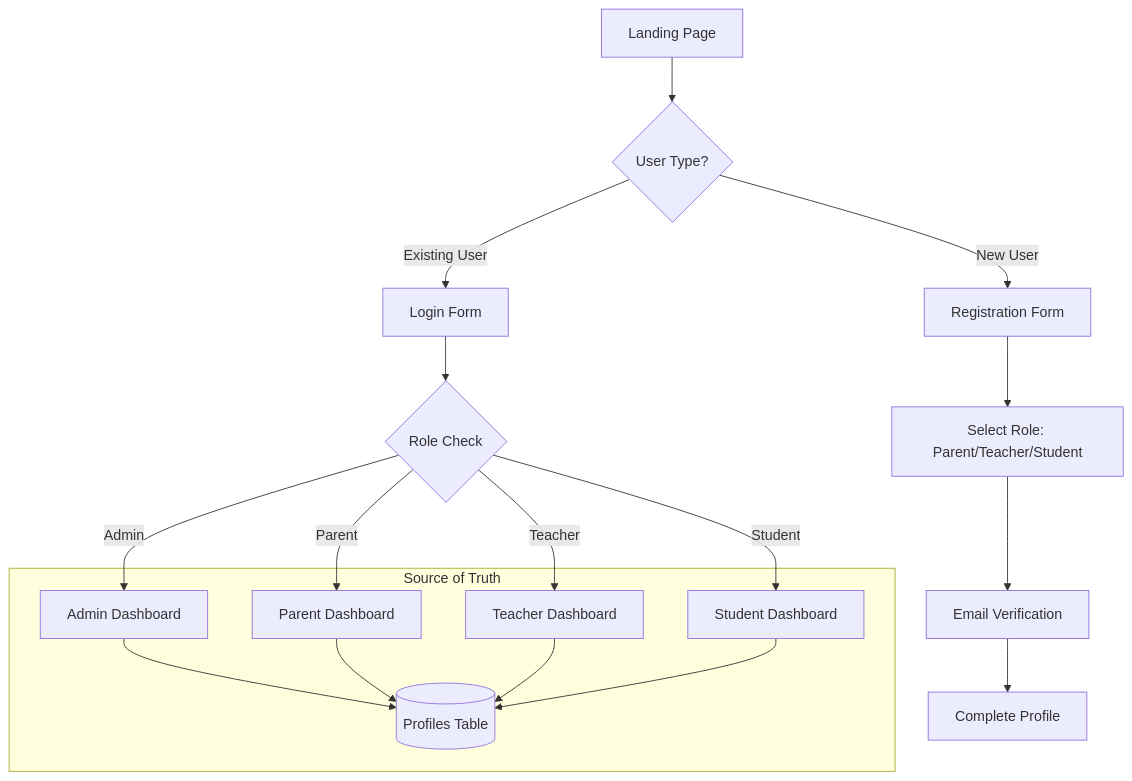
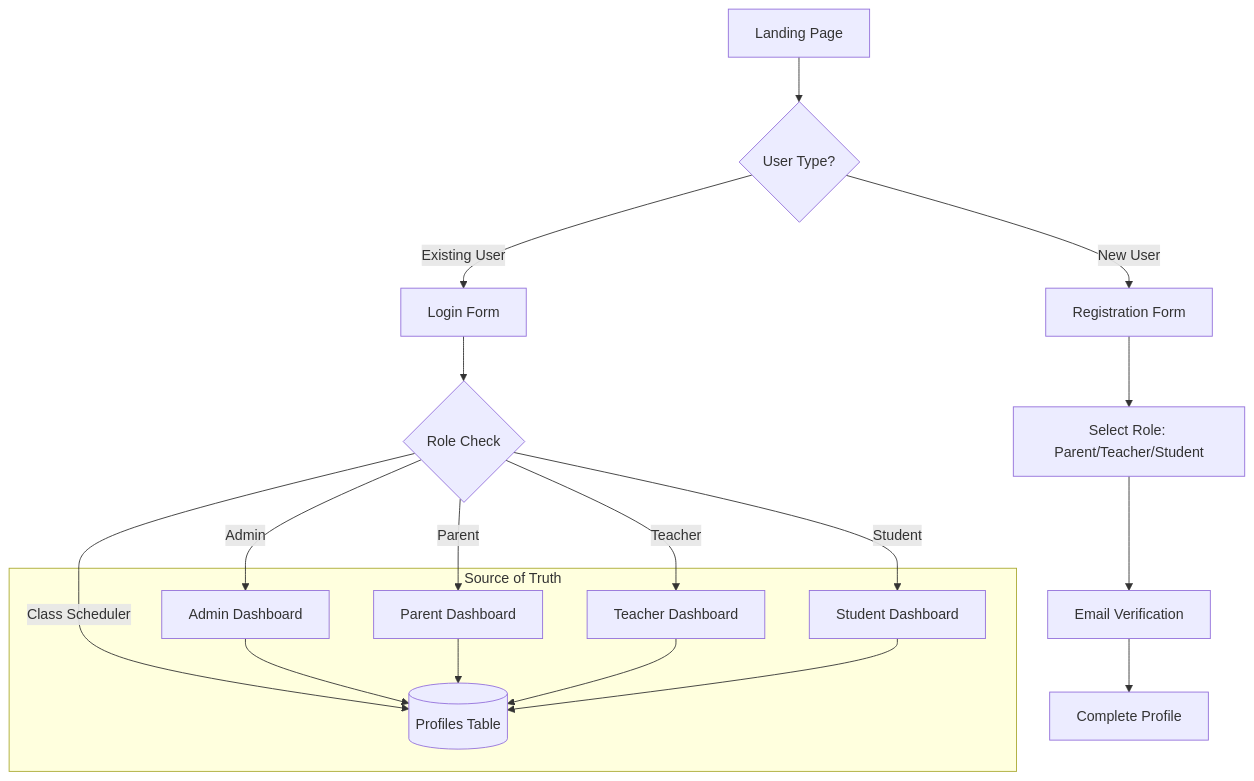
Before and after one commit to JimEastburn/class-registration-system: the second of 4 diagrams in docs/architecture_decision_document.md, drawn with Mermaid. The commit also changed other lines of this file and 4 other files, not shown here.

````diff
--- a/docs/architecture_decision_document.md
+++ b/docs/architecture_decision_document.md
@@ -340,21 +312,22 @@
 ```mermaid
 flowchart TD
     A[Landing Page] --> B{User Type?}
     B -->|New User| C[Registration Form]
     B -->|Existing User| D[Login Form]
     C --> E[Select Role: Parent/Teacher/Student]
     E --> F[Email Verification]
     F --> G[Complete Profile]
     D --> H{Role Check}
     H -->|Parent| I[Parent Dashboard]
     H -->|Teacher| J[Teacher Dashboard]
     H -->|Student| K[Student Dashboard]
     H -->|Admin| L[Admin Dashboard]
-    
+    H -->|Class Scheduler| M[Class Scheduler Dashboard]
+
     subgraph "Source of Truth"
         L --> M[(Profiles Table)]
         I --> M
         J --> M
         K --> M
     end
 ```
````
